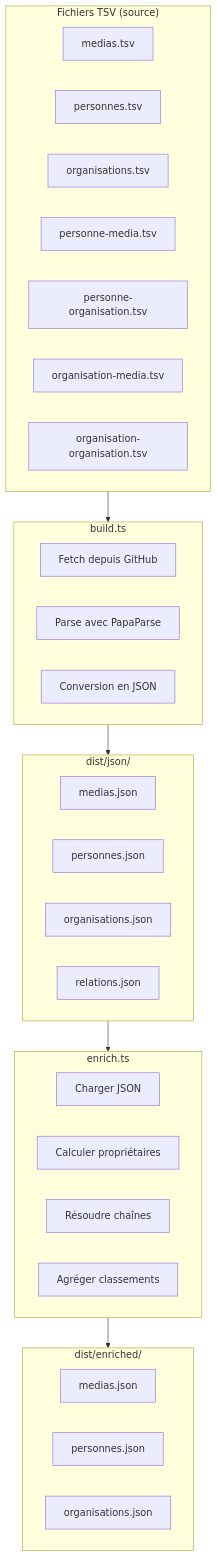
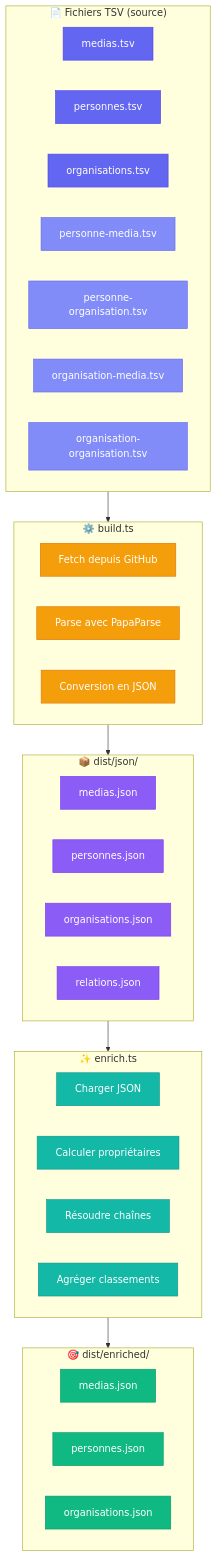
One commit to cedric-famibelle-pronzola/medias-francais-api changed the second of 14 diagrams in docs/diagrams.md. Above: the diagram before and after it, drawn with Mermaid. The commit also changed other lines of this file, not shown here.

Commit message:
docs: improve mermaid styles

````diff
--- a/docs/diagrams.md
+++ b/docs/diagrams.md
@@ -66,48 +79,70 @@
 ```mermaid
 flowchart TB
-    subgraph TSV["Fichiers TSV (source)"]
+    subgraph TSV["📄 Fichiers TSV (source)"]
         direction LR
         T1[medias.tsv]
         T2[personnes.tsv]
         T3[organisations.tsv]
         T4[personne-media.tsv]
         T5[personne-organisation.tsv]
         T6[organisation-media.tsv]
         T7[organisation-organisation.tsv]
     end
 
-    subgraph Build["build.ts"]
+    subgraph Build["⚙️ build.ts"]
         direction LR
         F1[Fetch depuis GitHub]
         F2[Parse avec PapaParse]
         F3[Conversion en JSON]
     end
 
-    subgraph JSON["dist/json/"]
+    subgraph JSON["📦 dist/json/"]
         direction LR
         J1[medias.json]
         J2[personnes.json]
         J3[organisations.json]
         J4[relations.json]
     end
 
-    subgraph Enrich["enrich.ts"]
+    subgraph Enrich["✨ enrich.ts"]
         direction LR
         E1[Charger JSON]
         E2[Calculer propriétaires]
         E3[Résoudre chaînes]
         E4[Agréger classements]
     end
 
-    subgraph Enriched["dist/enriched/"]
+    subgraph Enriched["🎯 dist/enriched/"]
         direction LR
         R1[medias.json]
         R2[personnes.json]
         R3[organisations.json]
     end
 
     TSV --> Build
     Build --> JSON
     JSON --> Enrich
     Enrich --> Enriched
+
+    style T1 fill:#6366f1,stroke:#4f46e5,color:#fff
+    style T2 fill:#6366f1,stroke:#4f46e5,color:#fff
+    style T3 fill:#6366f1,stroke:#4f46e5,color:#fff
+    style T4 fill:#818cf8,stroke:#6366f1,color:#fff
+    style T5 fill:#818cf8,stroke:#6366f1,color:#fff
+    style T6 fill:#818cf8,stroke:#6366f1,color:#fff
+    style T7 fill:#818cf8,stroke:#6366f1,color:#fff
+    style F1 fill:#f59e0b,stroke:#d97706,color:#fff
+    style F2 fill:#f59e0b,stroke:#d97706,color:#fff
+    style F3 fill:#f59e0b,stroke:#d97706,color:#fff
+    style J1 fill:#8b5cf6,stroke:#7c3aed,color:#fff
+    style J2 fill:#8b5cf6,stroke:#7c3aed,color:#fff
+    style J3 fill:#8b5cf6,stroke:#7c3aed,color:#fff
+    style J4 fill:#8b5cf6,stroke:#7c3aed,color:#fff
+    style E1 fill:#14b8a6,stroke:#0d9488,color:#fff
+    style E2 fill:#14b8a6,stroke:#0d9488,color:#fff
+    style E3 fill:#14b8a6,stroke:#0d9488,color:#fff
+    style E4 fill:#14b8a6,stroke:#0d9488,color:#fff
+    style R1 fill:#10b981,stroke:#059669,color:#fff
+    style R2 fill:#10b981,stroke:#059669,color:#fff
+    style R3 fill:#10b981,stroke:#059669,color:#fff
 ```
````
